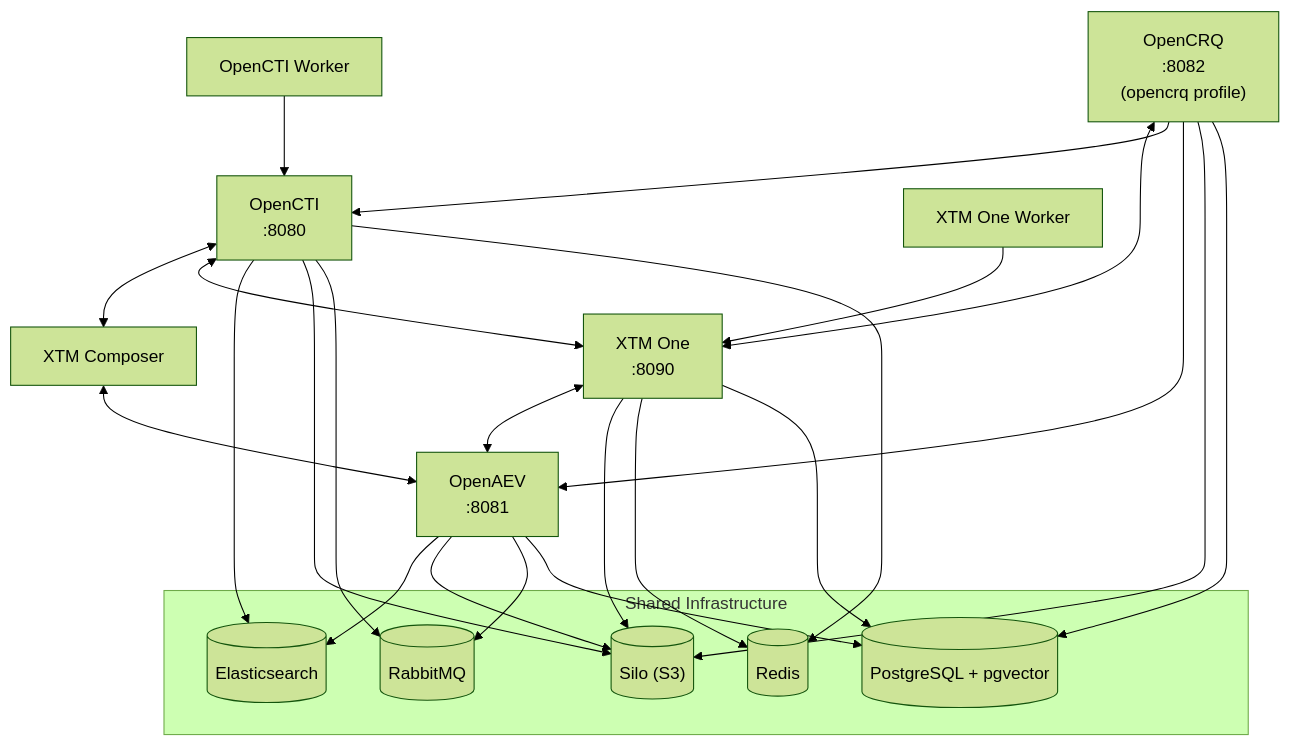
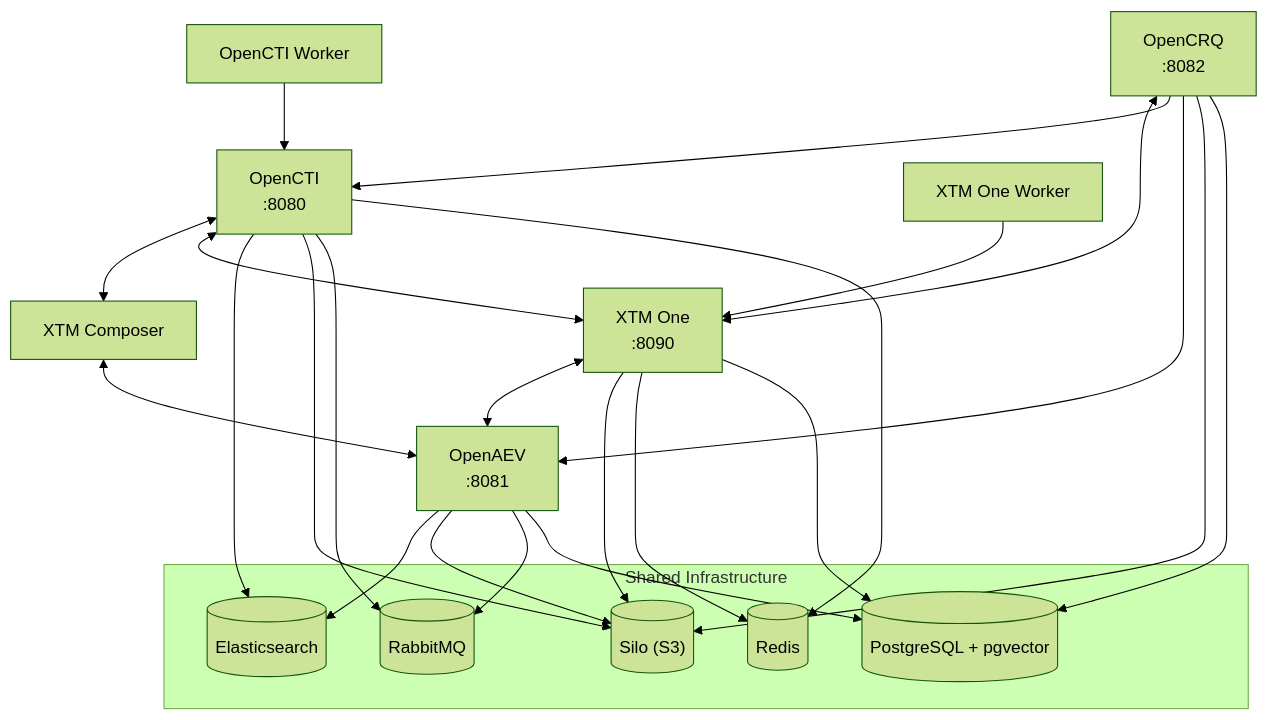
The diagram in README.md (FiligranHQ/xtm-docker), drawn with Mermaid (forest theme) before and after one commit. The commit also changed other lines of this file and 2 other files, not shown here.

First line of the commit message:
feat(compose): deploy OpenCRQ with the rest of the stack (#49)

````diff
--- a/README.md
+++ b/README.md
@@ -25,42 +25,42 @@
 ```mermaid
 graph TB
     OpenCTI["OpenCTI<br/>:8080"]
     OpenAEV["OpenAEV<br/>:8081"]
     XTMOne["XTM One<br/>:8090"]
     Composer["XTM Composer"]
     Worker["OpenCTI Worker"]
     XTMOneWorker["XTM One Worker"]
-    OpenCRQ["OpenCRQ<br/>:8082<br/>(opencrq profile)"]
+    OpenCRQ["OpenCRQ<br/>:8082"]
 
     OpenCTI <--> Composer
     Composer <--> OpenAEV
     OpenCTI <--> XTMOne
     XTMOne <--> OpenAEV
     Worker --> OpenCTI
     XTMOneWorker --> XTMOne
     OpenCRQ <--> XTMOne
     OpenCRQ --> OpenCTI
     OpenCRQ --> OpenAEV
 
     subgraph Shared["Shared Infrastructure"]
         ES[("Elasticsearch")]
         Silo[("Silo (S3)")]
         RabbitMQ[("RabbitMQ")]
         Redis[("Redis")]
         PG[("PostgreSQL + pgvector")]
     end
 
     OpenCTI --> ES
     OpenCTI --> Silo
     OpenCTI --> RabbitMQ
     OpenCTI --> Redis
     OpenAEV --> ES
     OpenAEV --> Silo
     OpenAEV --> RabbitMQ
     OpenAEV --> PG
     XTMOne --> Silo
     XTMOne --> Redis
     XTMOne --> PG
     OpenCRQ --> Silo
     OpenCRQ --> PG
 ```
````
